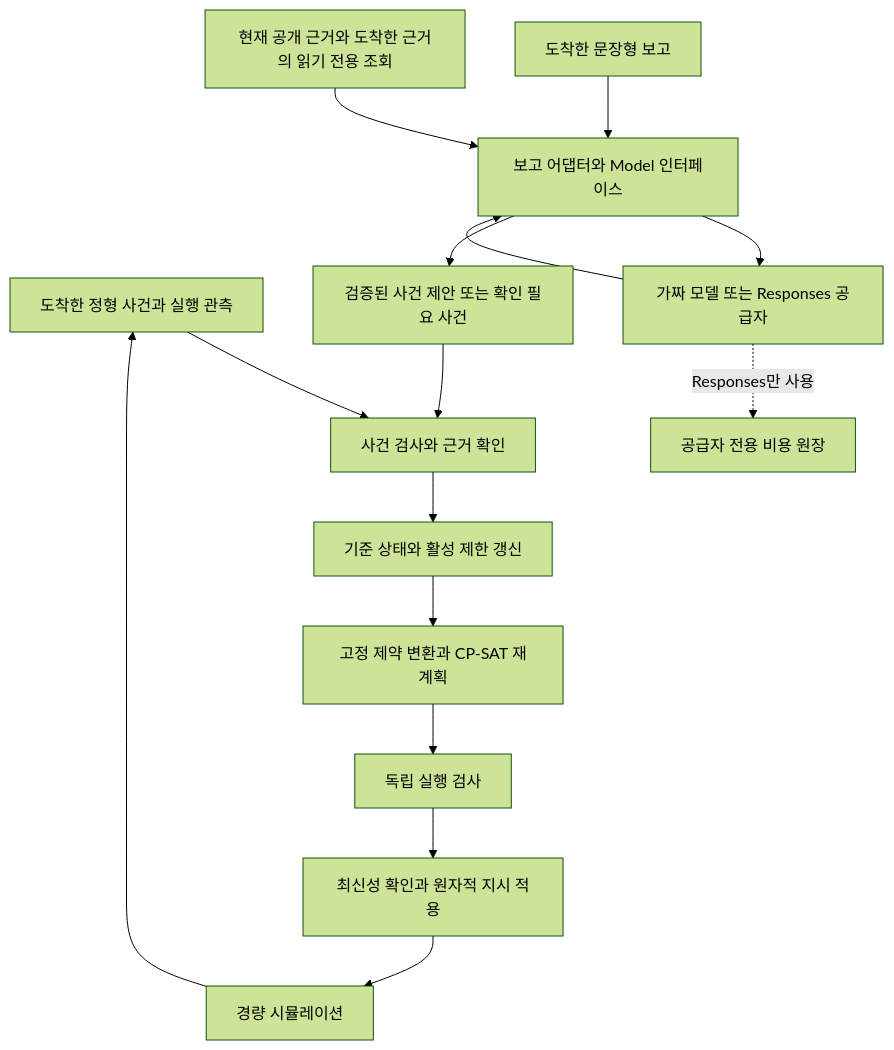
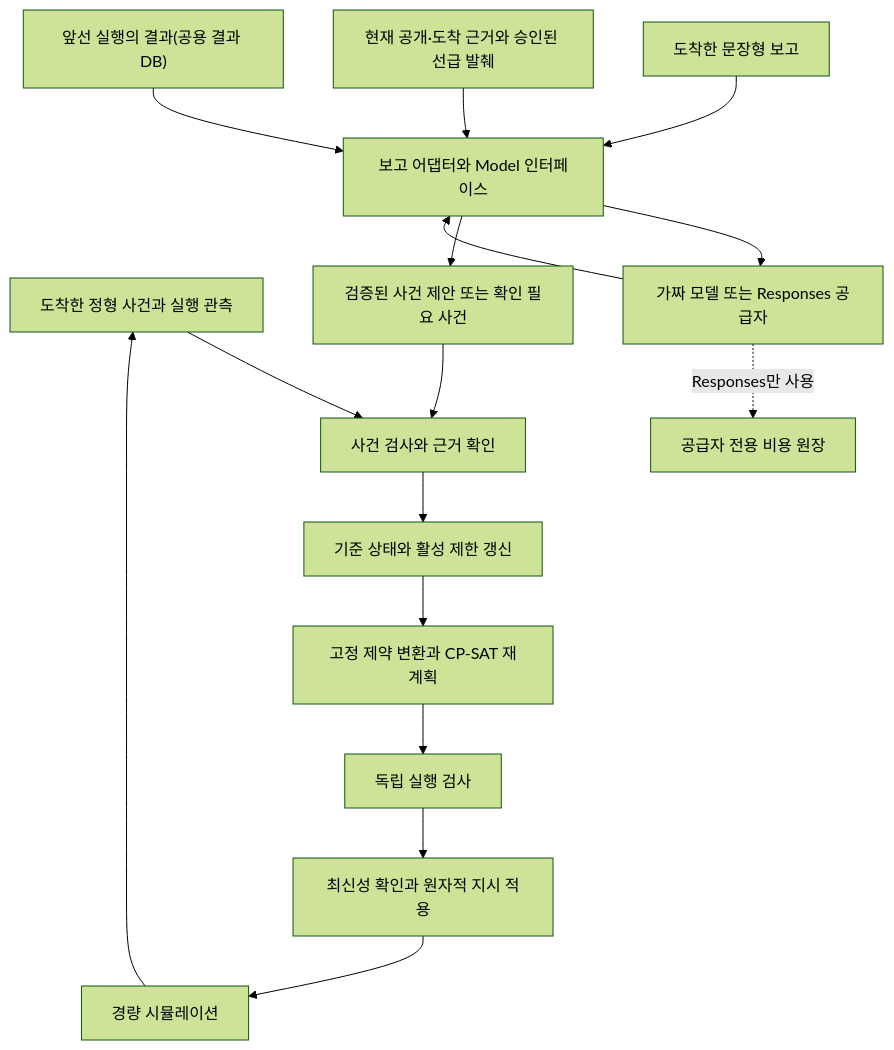
One commit to yumsj0626-afk/shipyard-welding-automation changed the diagram in docs/architecture.md. Above: the diagram before and after it, drawn with Mermaid (forest theme). The commit also changed other lines of this file and 32 other files, not shown here.

````diff
--- a/docs/architecture.md
+++ b/docs/architecture.md
@@ -31,17 +39,18 @@
 ```mermaid
 flowchart TD
     I["도착한 정형 사건과 실행 관측"] --> E["사건 검사와 근거 확인"]
     L["도착한 문장형 보고"] --> F["보고 어댑터와 Model 인터페이스"]
     F --> G["가짜 모델 또는 Responses 공급자"]
     G --> F
     G -. "Responses만 사용" .-> B["공급자 전용 비용 원장"]
-    Q["현재 공개 근거와 도착한 근거의 읽기 전용 조회"] --> F
+    Q["현재 공개·도착 근거와 승인된 선급 발췌"] --> F
+    H["앞선 실행의 결과(공용 결과 DB)"] --> F
     F --> P["검증된 사건 제안 또는 확인 필요 사건"]
     P --> E
     E --> R["기준 상태와 활성 제한 갱신"]
     R --> S["고정 제약 변환과 CP-SAT 재계획"]
     S --> V["독립 실행 검사"]
     V --> A["최신성 확인과 원자적 지시 적용"]
     A --> M["경량 시뮬레이션"]
     M --> I
 ```
````
